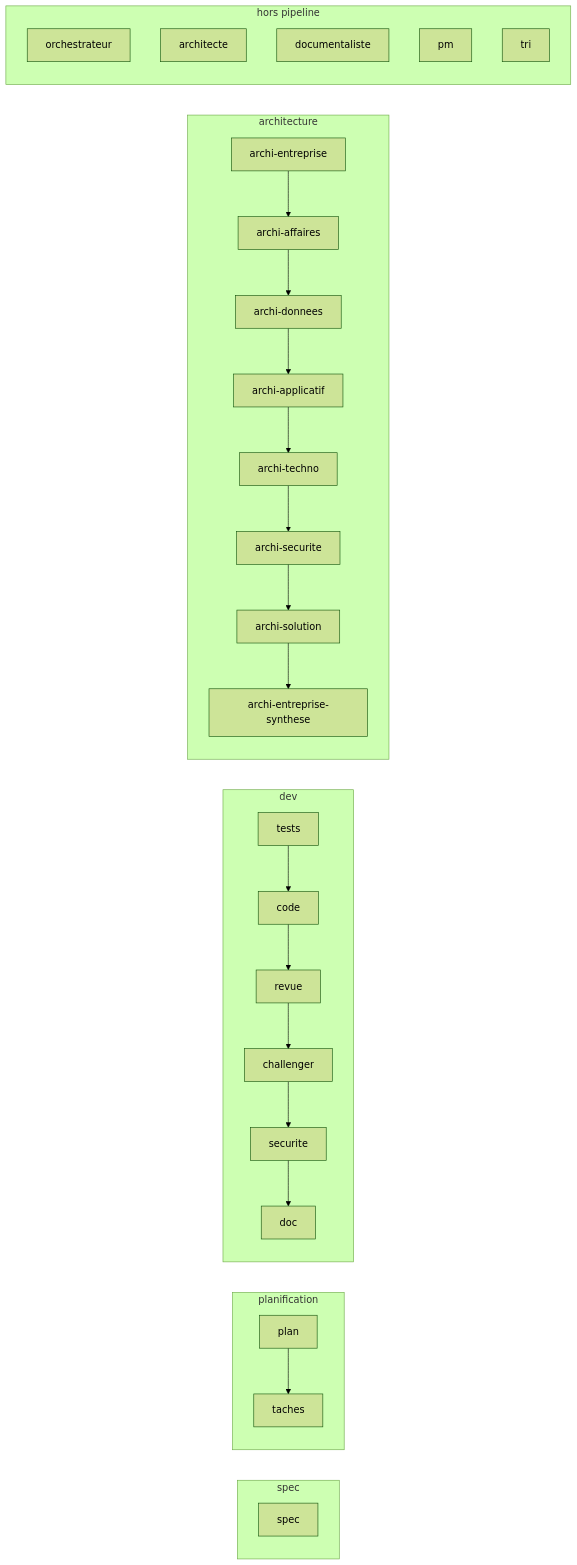
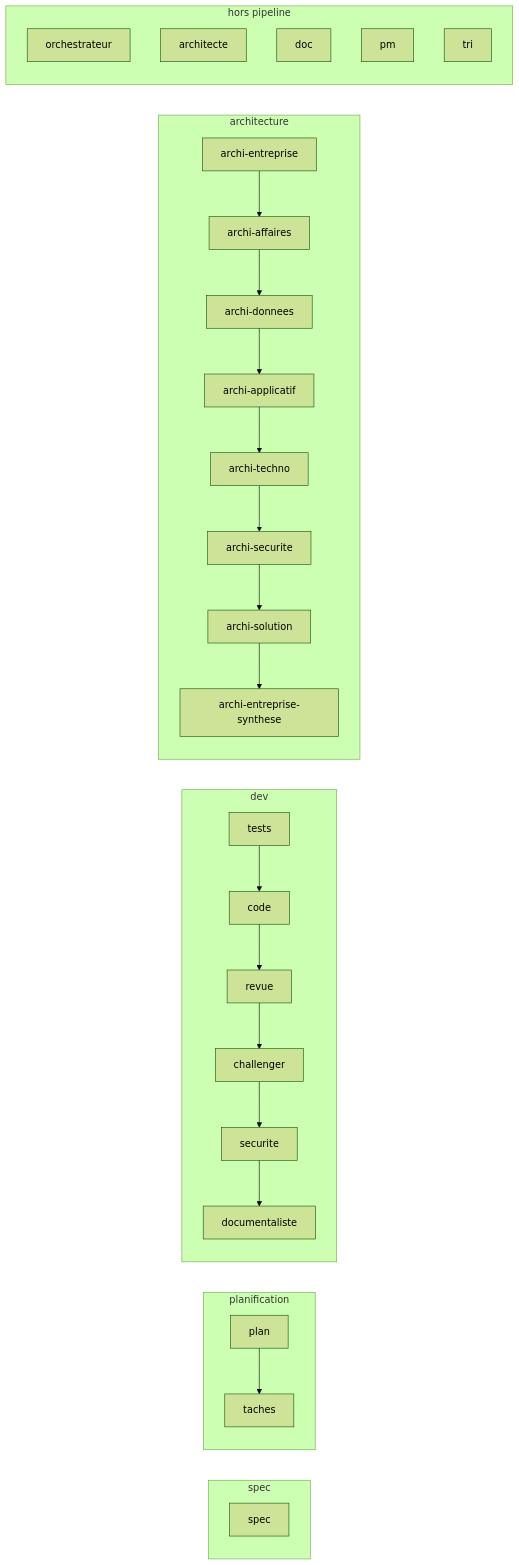
The diagram in README.md (nicolaslallier/AI), drawn with Mermaid (forest theme) before and after one commit. The commit also changed 2 other files, not shown here.

Commit message:
feat(agents): documentaliste remplace doc dans le pipeline dev

````diff
--- a/README.md
+++ b/README.md
@@ -41,48 +41,48 @@
 ```mermaid
 flowchart LR
   subgraph g0["spec"]
     g0_spec["spec"]
   end
   subgraph g1["planification"]
     g1_plan["plan"]
     g1_taches["taches"]
     g1_plan --> g1_taches
   end
   subgraph g2["dev"]
     g2_tests["tests"]
     g2_code["code"]
     g2_revue["revue"]
     g2_challenger["challenger"]
     g2_securite["securite"]
-    g2_doc["doc"]
+    g2_documentaliste["documentaliste"]
     g2_tests --> g2_code
     g2_code --> g2_revue
     g2_revue --> g2_challenger
     g2_challenger --> g2_securite
-    g2_securite --> g2_doc
+    g2_securite --> g2_documentaliste
   end
   subgraph g3["architecture"]
     g3_archi_entreprise["archi-entreprise"]
     g3_archi_affaires["archi-affaires"]
     g3_archi_donnees["archi-donnees"]
     g3_archi_applicatif["archi-applicatif"]
     g3_archi_techno["archi-techno"]
     g3_archi_securite["archi-securite"]
     g3_archi_solution["archi-solution"]
     g3_archi_entreprise_synthese["archi-entreprise-synthese"]
     g3_archi_entreprise --> g3_archi_affaires
     g3_archi_affaires --> g3_archi_donnees
     g3_archi_donnees --> g3_archi_applicatif
     g3_archi_applicatif --> g3_archi_techno
     g3_archi_techno --> g3_archi_securite
     g3_archi_securite --> g3_archi_solution
     g3_archi_solution --> g3_archi_entreprise_synthese
   end
   subgraph g4["hors pipeline"]
     g4_orchestrateur["orchestrateur"]
     g4_architecte["architecte"]
-    g4_documentaliste["documentaliste"]
+    g4_doc["doc"]
     g4_pm["pm"]
     g4_tri["tri"]
   end
 ```
````
